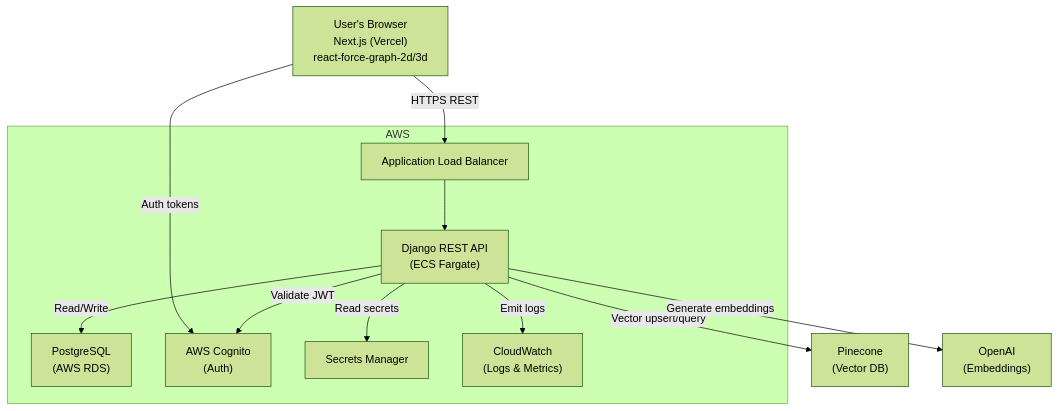
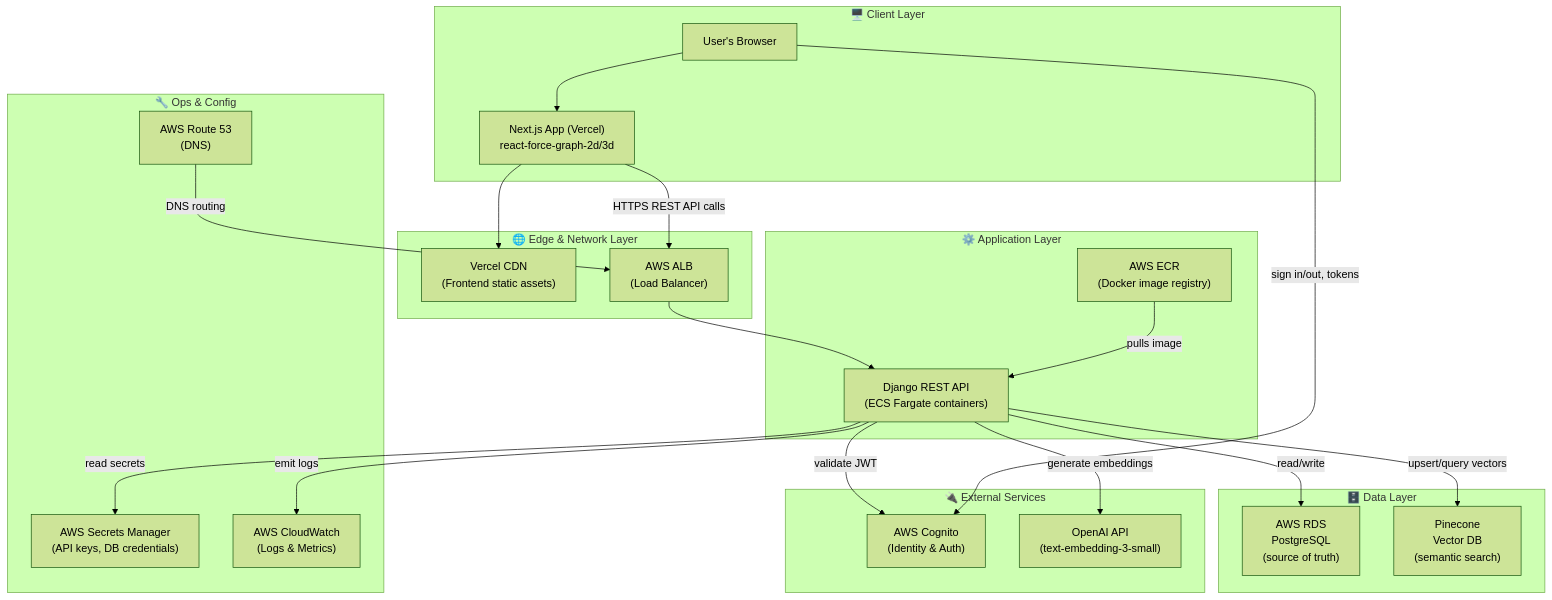
The first of 6 diagrams in docs/ARCHITECTURE.md (yeabb/SonderAI-backend), drawn with Mermaid (forest theme) before and after one commit. The commit also changed other lines of this file, not shown here.

First line of the commit message:
📊 Improve architecture diagrams — layered infra, full workflow diagram

````diff
--- a/docs/ARCHITECTURE.md
+++ b/docs/ARCHITECTURE.md
@@ -9,26 +9,49 @@
 ```mermaid
-graph TD
-    Browser["User's Browser\nNext.js (Vercel)\nreact-force-graph-2d/3d"]
-
-    subgraph AWS
-        ALB["Application Load Balancer"]
-        Django["Django REST API\n(ECS Fargate)"]
-        RDS["PostgreSQL\n(AWS RDS)"]
-        Cognito["AWS Cognito\n(Auth)"]
-        Secrets["Secrets Manager"]
-        CloudWatch["CloudWatch\n(Logs & Metrics)"]
+graph TB
+    subgraph CLIENT["🖥️ Client Layer"]
+        Browser["User's Browser"]
+        NextJS["Next.js App (Vercel)\nreact-force-graph-2d/3d"]
     end
 
-    Pinecone["Pinecone\n(Vector DB)"]
-    OpenAI["OpenAI\n(Embeddings)"]
+    subgraph EDGE["🌐 Edge & Network Layer"]
+        VercelCDN["Vercel CDN\n(Frontend static assets)"]
+        ALB["AWS ALB\n(Load Balancer)"]
+    end
 
-    Browser -->|"HTTPS REST"| ALB
+    subgraph APP["⚙️ Application Layer"]
+        Django["Django REST API\n(ECS Fargate containers)"]
+        ECR["AWS ECR\n(Docker image registry)"]
+    end
+
+    subgraph DATA["🗄️ Data Layer"]
+        RDS["AWS RDS\nPostgreSQL\n(source of truth)"]
+        Pinecone["Pinecone\nVector DB\n(semantic search)"]
+    end
+
+    subgraph EXTERNAL["🔌 External Services"]
+        Cognito["AWS Cognito\n(Identity & Auth)"]
+        OpenAI["OpenAI API\n(text-embedding-3-small)"]
+    end
+
+    subgraph OPS["🔧 Ops & Config"]
+        Secrets["AWS Secrets Manager\n(API keys, DB credentials)"]
+        CloudWatch["AWS CloudWatch\n(Logs & Metrics)"]
+        Route53["AWS Route 53\n(DNS)"]
+    end
+
+    Browser --> NextJS
+    NextJS --> VercelCDN
+    NextJS -->|"HTTPS REST API calls"| ALB
+    Route53 -->|"DNS routing"| ALB
     ALB --> Django
-    Django -->|"Read/Write"| RDS
-    Django -->|"Vector upsert/query"| Pinecone
-    Django -->|"Validate JWT"| Cognito
-    Django -->|"Generate embeddings"| OpenAI
-    Django -->|"Read secrets"| Secrets
-    Django -->|"Emit logs"| CloudWatch
-    Browser -->|"Auth tokens"| Cognito
+    ECR -->|"pulls image"| Django
+
+    Django -->|"read/write"| RDS
+    Django -->|"upsert/query vectors"| Pinecone
+    Django -->|"validate JWT"| Cognito
+    Django -->|"generate embeddings"| OpenAI
+    Django -->|"read secrets"| Secrets
+    Django -->|"emit logs"| CloudWatch
+
+    Browser -->|"sign in/out, tokens"| Cognito
 ```
````
